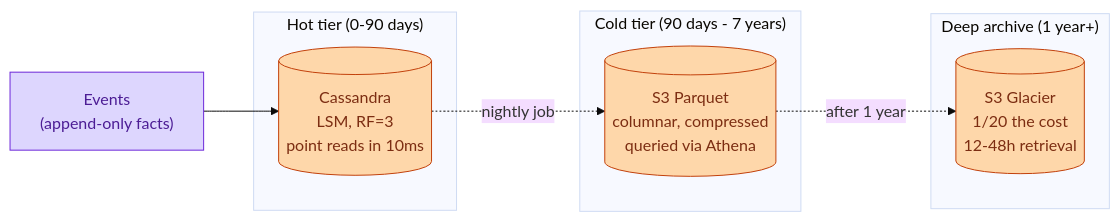
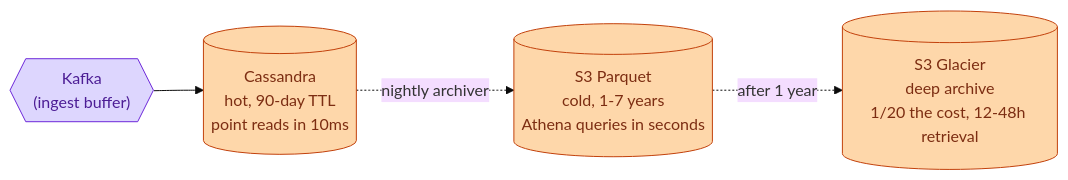
The seventh of 21 diagrams in _practice/system-design/018-write-heavy-patterns.md (shiningflash/shiningflash.github.io), drawn with Mermaid (base theme) before and after one commit. The commit also changed other lines of this file and 18 other files, not shown here.

````diff
--- a/_practice/system-design/018-write-heavy-patterns.md
+++ b/_practice/system-design/018-write-heavy-patterns.md
@@ -305,23 +238,9 @@
 ```mermaid
 flowchart LR
-    E["Events<br/>(append-only facts)"]:::queue
-
-    subgraph Hot["Hot tier (0-90 days)"]
-        CS[("Cassandra<br/>LSM, RF=3<br/>point reads in 10ms")]:::db
-    end
-
-    subgraph Cold["Cold tier (90 days - 7 years)"]
-        S3[("S3 Parquet<br/>columnar, compressed<br/>queried via Athena")]:::db
-    end
-
-    subgraph Archive["Deep archive (1 year+)"]
-        GL[("S3 Glacier<br/>1/20 the cost<br/>12-48h retrieval")]:::db
-    end
-
-    E --> CS
-    CS -.nightly job.-> S3
-    S3 -.after 1 year.-> GL
+    K{{"Kafka<br/>(ingest buffer)"}}:::queue --> CS[("Cassandra<br/>hot, 90-day TTL<br/>point reads in 10ms")]:::db
+    CS -.nightly archiver.-> S3[("S3 Parquet<br/>cold, 1-7 years<br/>Athena queries in seconds")]:::db
+    S3 -.after 1 year.-> GL[("S3 Glacier<br/>deep archive<br/>1/20 the cost, 12-48h retrieval")]:::db
 
     classDef db    fill:#fed7aa,stroke:#c2410c,color:#7c2d12
     classDef queue fill:#ddd6fe,stroke:#6d28d9,color:#4c1d95
 ```
````
